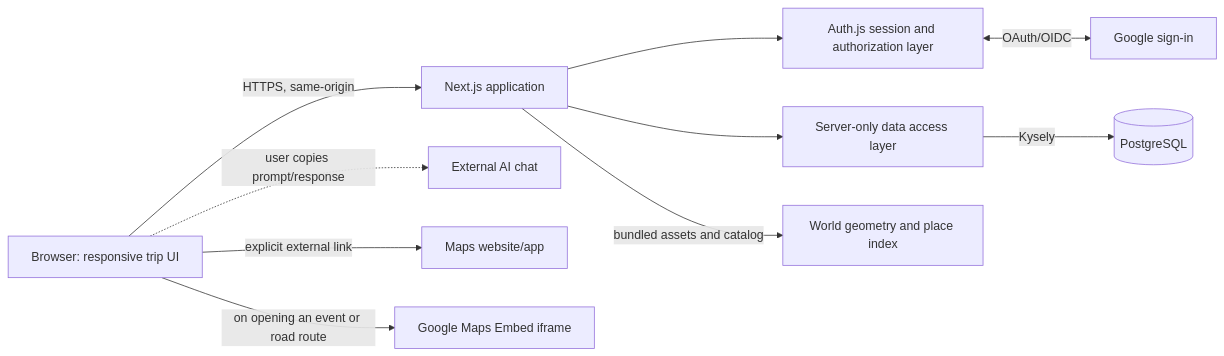
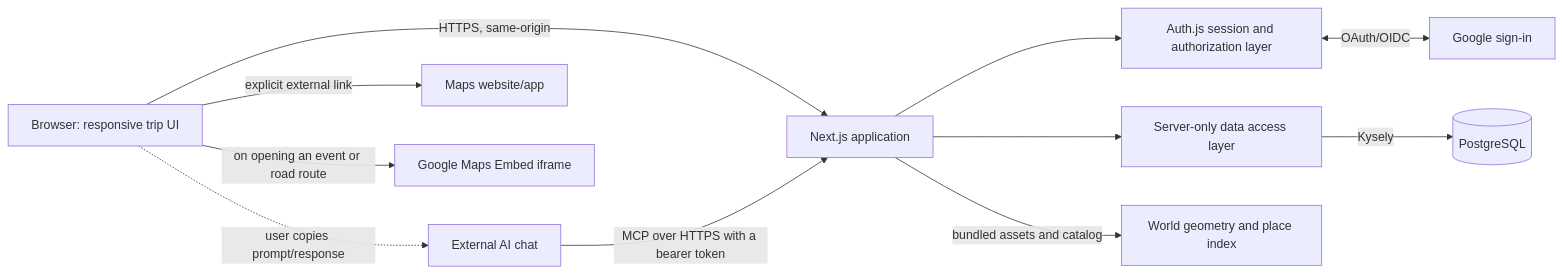
Before and after one commit to Link-lin/FieldNotes: the first of 3 diagrams in docs/design/technical-design.md, drawn with Mermaid. The commit also changed other lines of this file and 1 other file, not shown here.

````diff
--- a/docs/design/technical-design.md
+++ b/docs/design/technical-design.md
@@ -61,12 +64,13 @@
 ```mermaid
 flowchart LR
     B[Browser: responsive trip UI] -->|HTTPS, same-origin| W[Next.js application]
     W --> AUTH[Auth.js session and authorization layer]
     AUTH <-->|OAuth/OIDC| G[Google sign-in]
     W --> DAL[Server-only data access layer]
     DAL -->|Kysely| DB[(PostgreSQL)]
     W -->|bundled assets and catalog| GEO[World geometry and place index]
     B -. user copies prompt/response .-> AI[External AI chat]
+    AI -->|MCP over HTTPS with a bearer token| W
     B -->|explicit external link| MAP[Maps website/app]
     B -->|on opening an event or road route| EMB[Google Maps Embed iframe]
 ```
````
